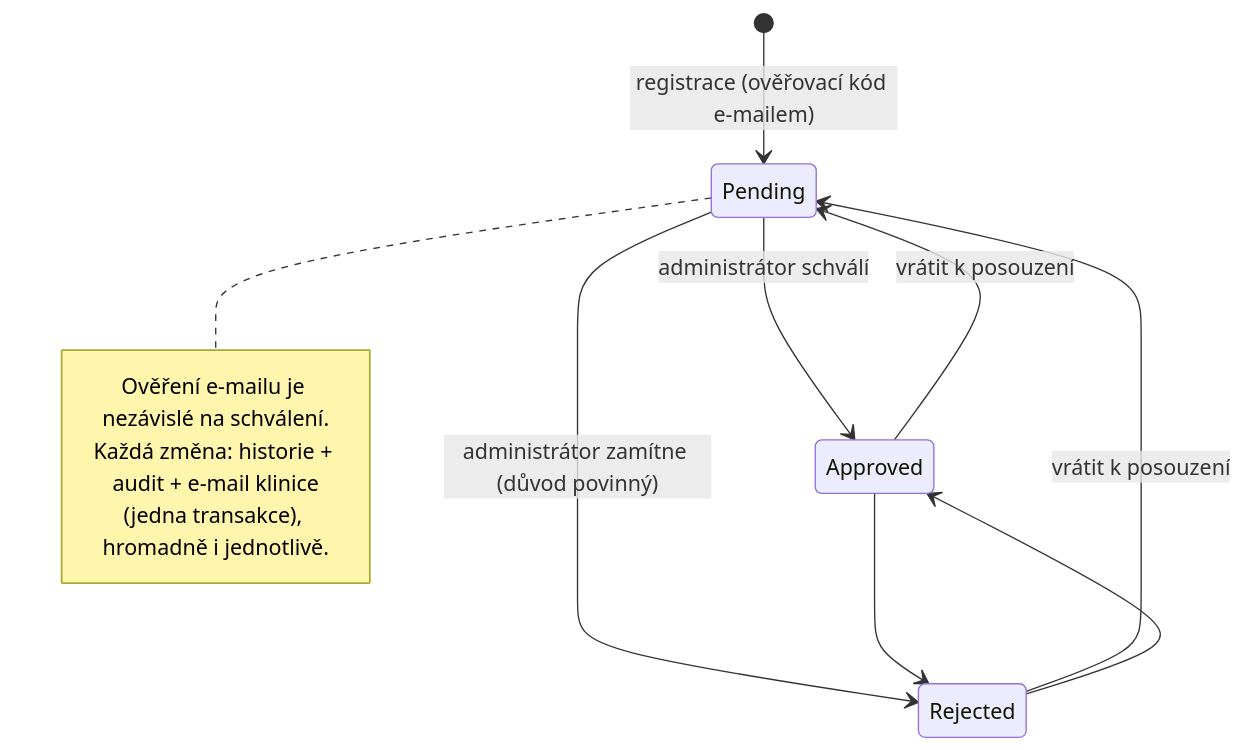
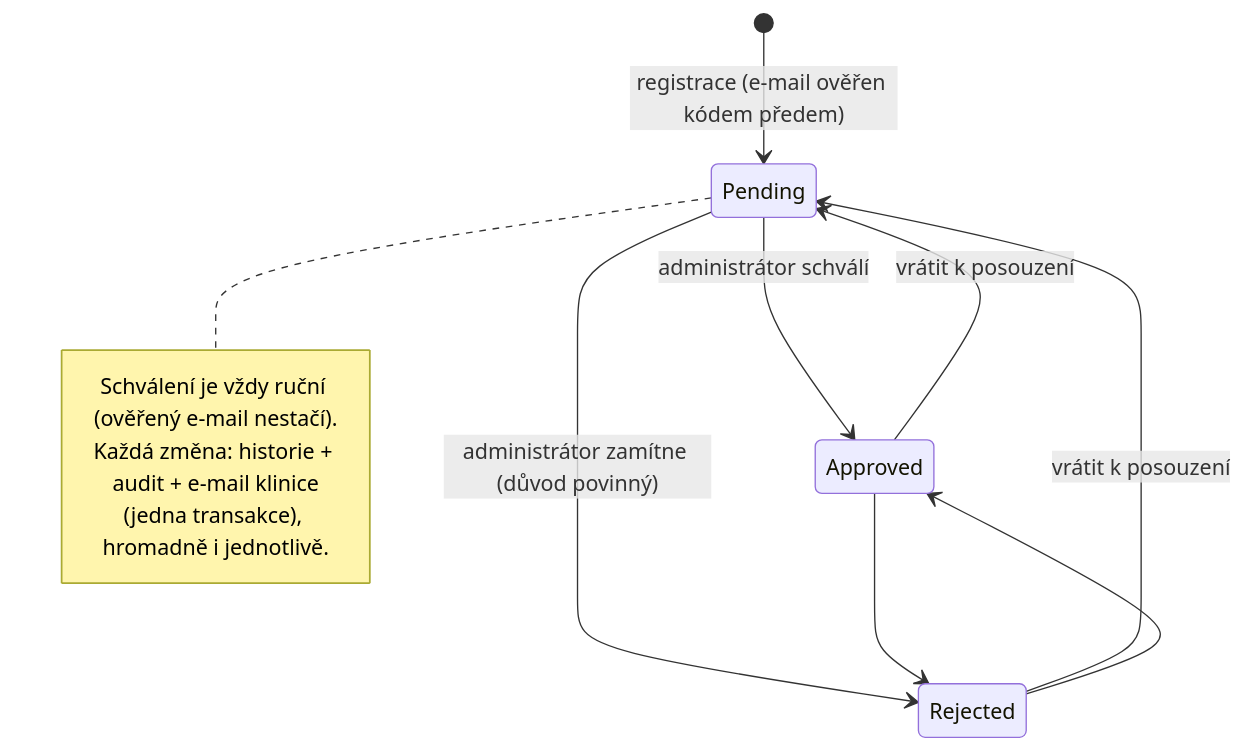
One commit to toyotomicz/ApolloOcniKliniky changed the third of 7 diagrams in README.md. Above: the diagram before and after it, drawn with Mermaid. The commit also changed other lines of this file, not shown here.

````diff
--- a/README.md
+++ b/README.md
@@ -223,15 +252,15 @@
 ```mermaid
 stateDiagram-v2
-    [*] --> Pending: registrace (ověřovací kód e-mailem)
+    [*] --> Pending: registrace (e-mail ověřen kódem předem)
     Pending --> Approved: administrátor schválí
     Pending --> Rejected: administrátor zamítne (důvod povinný)
     Approved --> Pending: vrátit k posouzení
     Rejected --> Pending: vrátit k posouzení
     Approved --> Rejected
     Rejected --> Approved
     note right of Pending
-        Ověření e-mailu je nezávislé na schválení.
+        Schválení je vždy ruční (ověřený e-mail nestačí).
         Každá změna: historie + audit + e-mail klinice
         (jedna transakce), hromadně i jednotlivě.
     end note
 ```
````
